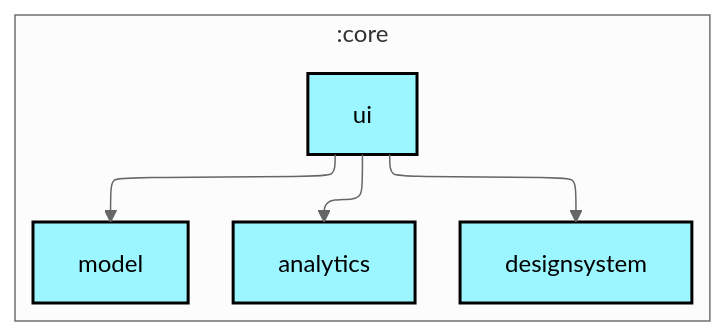
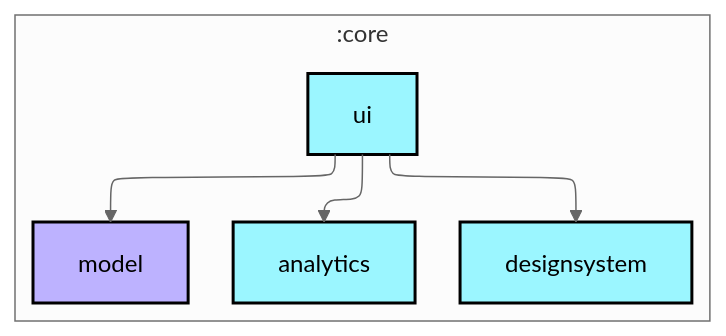
The first of 2 diagrams in core/ui/README.md (lihenggui/nowinkmp), drawn with Mermaid (neutral theme) before and after one commit. The commit also changed other lines of this file and 26 other files, not shown here.

First line of the commit message:
Revert "Updates module graphs"

````diff
--- a/core/ui/README.md
+++ b/core/ui/README.md
@@ -6,27 +6,27 @@
 ```mermaid
 ---
 config:
   layout: elk
   elk:
     nodePlacementStrategy: SIMPLE
 ---
 graph TB
   subgraph :core
     direction TB
-    :core:analytics[analytics]:::kmp-library
-    :core:designsystem[designsystem]:::kmp-library
-    :core:model[model]:::kmp-library
-    :core:ui[ui]:::kmp-library
+    :core:analytics[analytics]:::android-library
+    :core:designsystem[designsystem]:::android-library
+    :core:model[model]:::jvm-library
+    :core:ui[ui]:::android-library
   end
 
   :core:ui --> :core:analytics
   :core:ui --> :core:designsystem
   :core:ui --> :core:model
 
-classDef cmp-application fill:#CAFFBF,stroke:#000,stroke-width:2px,color:#000;
-classDef cmp-feature fill:#FFD6A5,stroke:#000,stroke-width:2px,color:#000;
-classDef kmp-library fill:#9BF6FF,stroke:#000,stroke-width:2px,color:#000;
+classDef android-application fill:#CAFFBF,stroke:#000,stroke-width:2px,color:#000;
+classDef android-feature fill:#FFD6A5,stroke:#000,stroke-width:2px,color:#000;
+classDef android-library fill:#9BF6FF,stroke:#000,stroke-width:2px,color:#000;
+classDef android-test fill:#A0C4FF,stroke:#000,stroke-width:2px,color:#000;
 classDef jvm-library fill:#BDB2FF,stroke:#000,stroke-width:2px,color:#000;
-classDef android-test fill:#A0C4FF,stroke:#000,stroke-width:2px,color:#000;
 classDef unknown fill:#FFADAD,stroke:#000,stroke-width:2px,color:#000;
 ```
````
